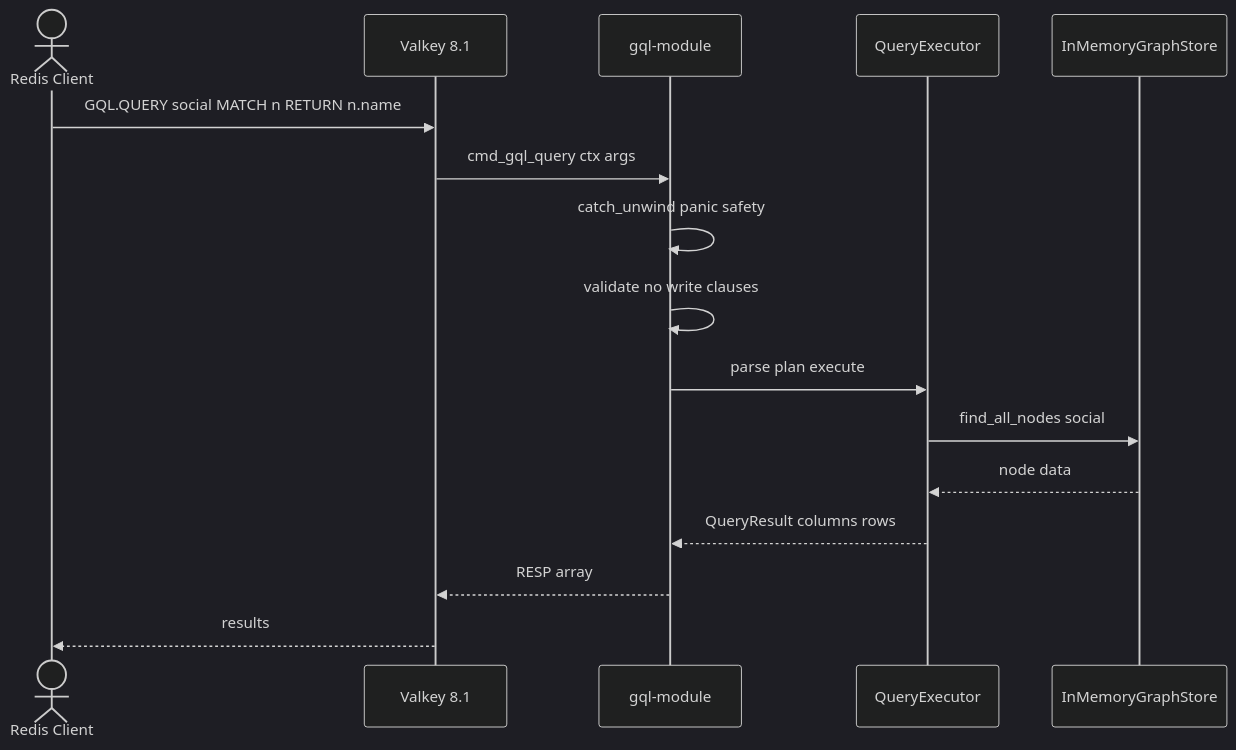
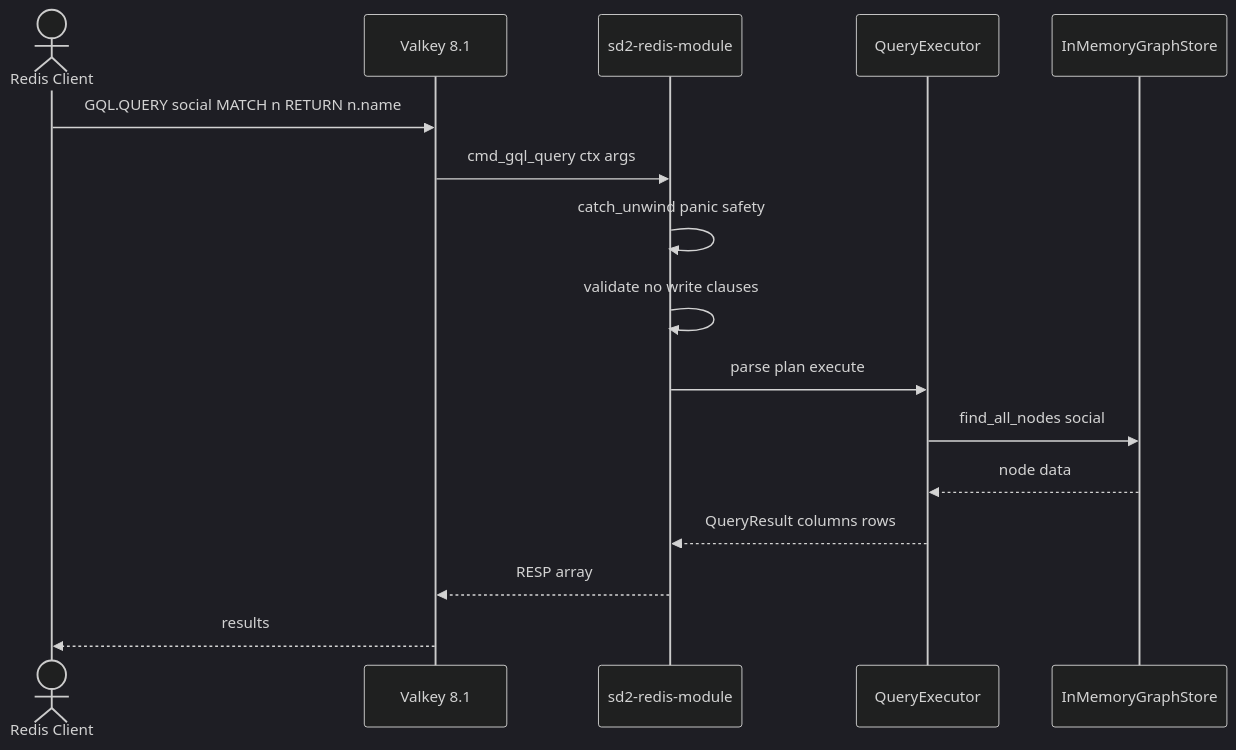
Before and after one commit to rysweet/SedanDelivery: the diagram in docs/atlas/user-journeys/journey-redis-query.mmd, drawn with Mermaid (dark theme). The commit also changed 191 other files, not shown here.

First line of the commit message:
refactor: rename gql-module, gql-redis-store, gql-api to sd2- prefix (#1097)

```diff
--- a/docs/atlas/user-journeys/journey-redis-query.mmd
+++ b/docs/atlas/user-journeys/journey-redis-query.mmd
@@ -1,17 +1,17 @@
 sequenceDiagram
     actor Client as Redis Client
     participant Redis as Valkey 8.1
-    participant Module as gql-module
+    participant Module as sd2-redis-module
     participant QE as QueryExecutor
     participant Store as InMemoryGraphStore
 
     Client->>Redis: GQL.QUERY social MATCH n RETURN n.name
     Redis->>Module: cmd_gql_query ctx args
     Module->>Module: catch_unwind panic safety
     Module->>Module: validate no write clauses
     Module->>QE: parse plan execute
     QE->>Store: find_all_nodes social
     Store-->>QE: node data
     QE-->>Module: QueryResult columns rows
     Module-->>Redis: RESP array
     Redis-->>Client: results
```
